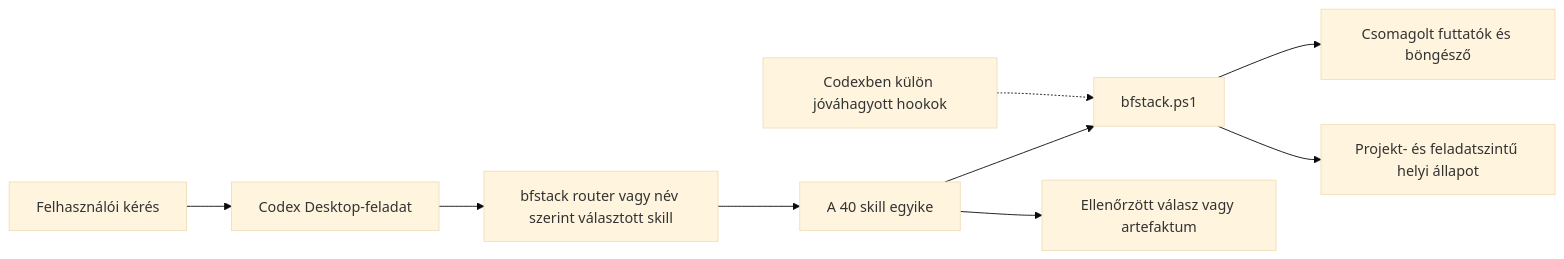
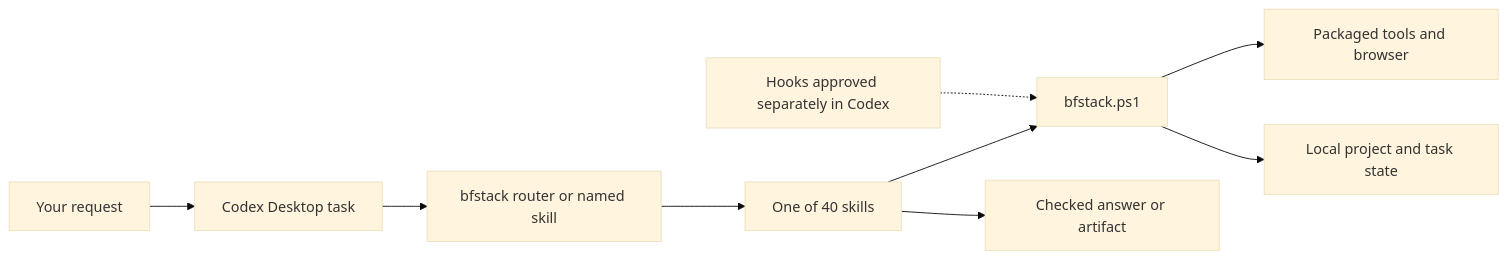
One commit to BillBalint-SM/bstack-workbook changed the second of 3 diagrams in README.md. Above: the diagram before and after it, drawn with Mermaid (base theme). The commit also changed other lines of this file and 1 other file, not shown here.

````diff
--- a/README.md
+++ b/README.md
@@ -43,11 +41,11 @@
 ```mermaid
 flowchart LR
-    U["Felhasználói kérés"] --> C["Codex Desktop-feladat"]
-    C --> R["bfstack router vagy név szerint választott skill"]
-    R --> S["A 40 skill egyike"]
+    U["Your request"] --> C["Codex Desktop task"]
+    C --> R["bfstack router or named skill"]
+    R --> S["One of 40 skills"]
     S --> L["bfstack.ps1"]
-    L --> T["Csomagolt futtatók és böngésző"]
-    L --> P["Projekt- és feladatszintű helyi állapot"]
-    H["Codexben külön jóváhagyott hookok"] -.-> L
-    S --> V["Ellenőrzött válasz vagy artefaktum"]
+    L --> T["Packaged tools and browser"]
+    L --> P["Local project and task state"]
+    H["Hooks approved separately in Codex"] -.-> L
+    S --> V["Checked answer or artifact"]
 ```
````
